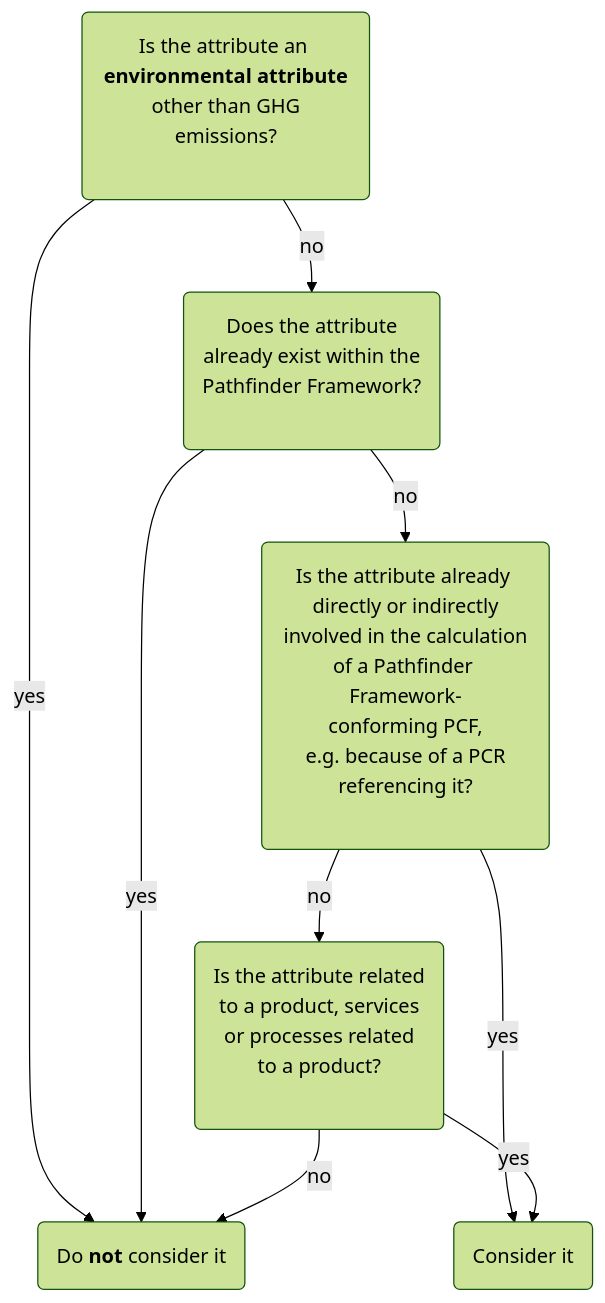
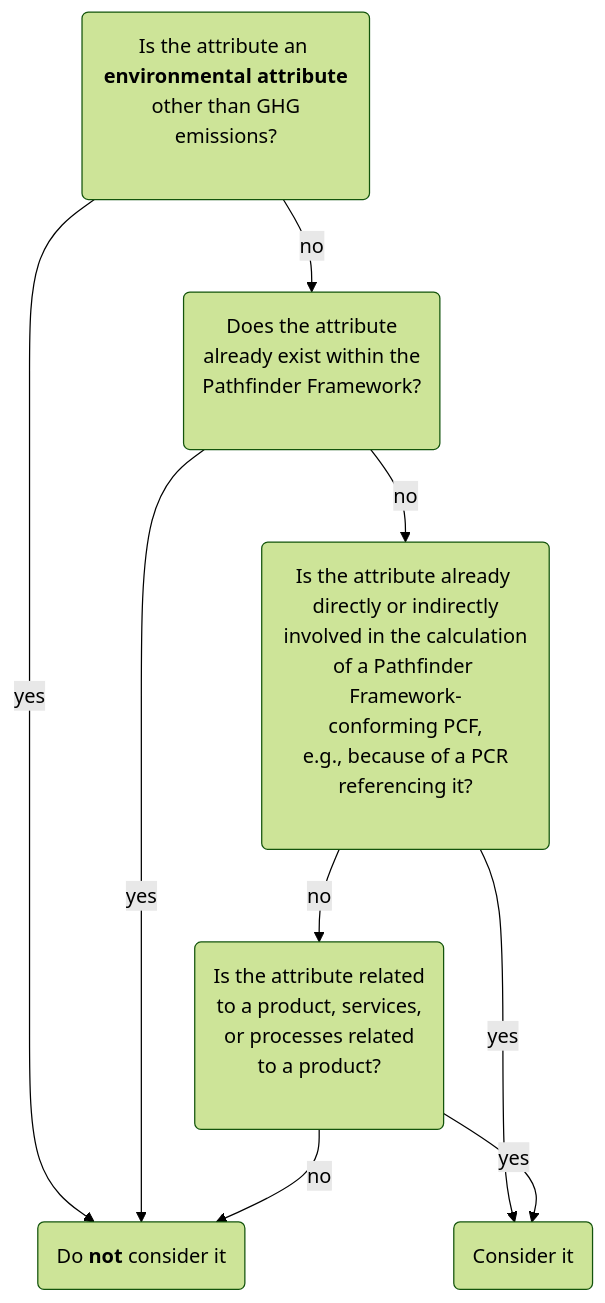
Before and after one commit to wbcsd/data-model-extensions: the diagram in guidance/diagrams/decision-tree-2.mmd, drawn with Mermaid (forest theme). The commit also changed 2 other files, not shown here.

```diff
--- a/guidance/diagrams/decision-tree-2.mmd
+++ b/guidance/diagrams/decision-tree-2.mmd
@@ -1,22 +1,22 @@
 flowchart TB
     Yes(Consider it)
 	No(Do <b>not</b> consider it)
 
 	S1(Is the attribute an <br><b>environmental attribute</b><br /> other than GHG emissions?<br/> <br/>)
 
 	S1 -- yes --> No
 	S1 -- no --> S2
 
 	S2(Does the attribute<br/>already exist within the<br/>Pathfinder Framework?<br/> <br/>)
 	S2 -- yes --> No
 	S2 -- no --> S3
 	
-	S3(Is the attribute already <br/>directly or indirectly<br/>involved in the calculation<br/>of a Pathfinder Framework-<br/>conforming PCF,<br/>e.g. because of a PCR<br/>referencing it?<br/> <br/>)
+	S3(Is the attribute already <br/>directly or indirectly<br/>involved in the calculation<br/>of a Pathfinder Framework-<br/>conforming PCF,<br/>e.g., because of a PCR<br/>referencing it?<br/> <br/>)
 
 	S3 -- yes --> Yes
 	S3 -- no --> S4
 
-	S4(Is the attribute related<br/> to a product, services<br/> or processes related<br/> to a product?<br/> <br/>)
+	S4(Is the attribute related<br/> to a product, services,<br/> or processes related<br/> to a product?<br/> <br/>)
 
 	S4 -- no --> No
 	S4 -- yes --> Yes
```
